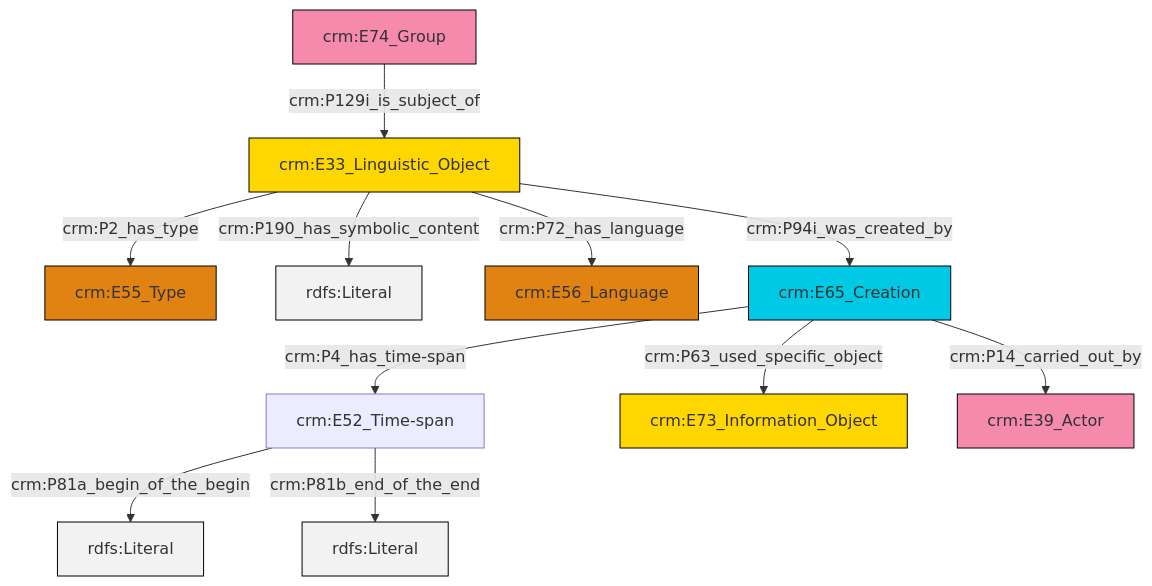
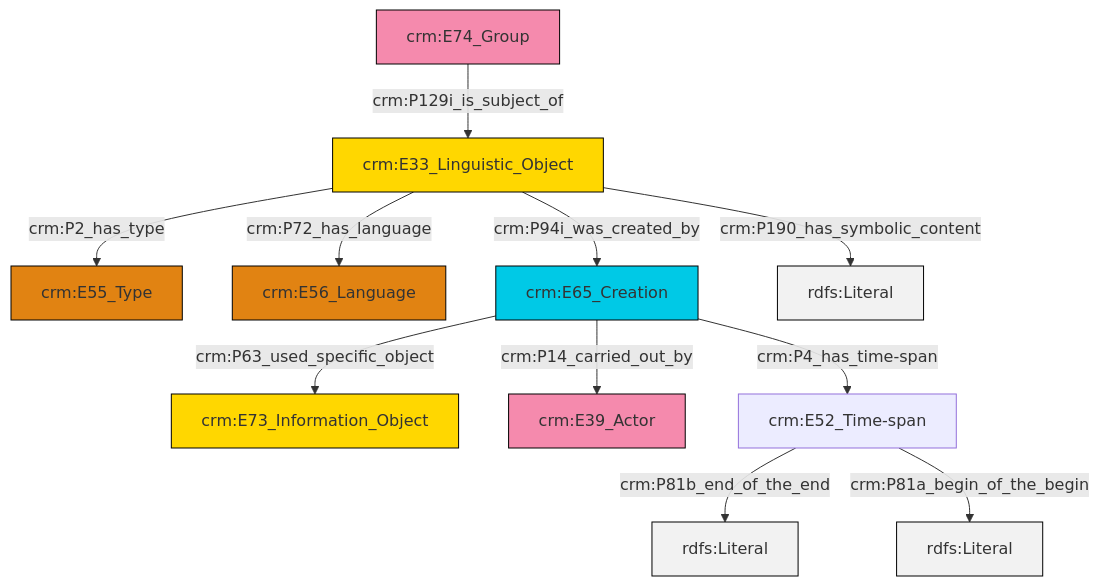
The diagram in et/groupCSV/ttl/mmd/group_description.ttl.mmd (swiss-art-research-net/docs.swissartresearch), drawn with Mermaid before and after one commit. The commit also changed 177 other files, not shown here.

```diff
--- a/et/groupCSV/ttl/mmd/group_description.ttl.mmd
+++ b/et/groupCSV/ttl/mmd/group_description.ttl.mmd
@@ -1,25 +1,25 @@
 graph TD
 classDef Literal fill:#f2f2f2,stroke:#000000;
 classDef CRM_Entity fill:#FFFFFF,stroke:#000000;
 classDef Temporal_Entity fill:#00C9E6, stroke:#000000;
 classDef Type fill:#E18312, stroke:#000000;
 classDef Time-Span fill:#2C9C91, stroke:#000000;
 classDef Appellation fill:#FFEB7F, stroke:#000000;
 classDef Place fill:#008836, stroke:#000000;
 classDef Persistent_Item fill:#B266B2, stroke:#000000;
 classDef Conceptual_Object fill:#FFD700, stroke:#000000;
 classDef Physical_Thing fill:#D2B48C, stroke:#000000;
 classDef Actor fill:#f58aad, stroke:#000000;
 classDef PC_Classes fill:#4ce600, stroke:#000000;
 classDef Multi fill:#cccccc,stroke:#000000;
 
-4["crm:E74_Group"]:::Actor -->|crm:P129i_is_subject_of| 0["crm:E33_Linguistic_Object"]:::Conceptual_Object
-0["crm:E33_Linguistic_Object"]:::Conceptual_Object -->|crm:P190_has_symbolic_content| 6[rdfs:Literal]:::Literal
-7["crm:E52_Time-span"]:::Default -->|crm:P81a_begin_of_the_begin| 9[rdfs:Literal]:::Literal
-0["crm:E33_Linguistic_Object"]:::Conceptual_Object -->|crm:P94i_was_created_by| 14["crm:E65_Creation"]:::Temporal_Entity
-14["crm:E65_Creation"]:::Temporal_Entity -->|crm:P4_has_time-span| 7["crm:E52_Time-span"]:::Default
-7["crm:E52_Time-span"]:::Default -->|crm:P81b_end_of_the_end| 15[rdfs:Literal]:::Literal
-14["crm:E65_Creation"]:::Temporal_Entity -->|crm:P63_used_specific_object| 12["crm:E73_Information_Object"]:::Conceptual_Object
-0["crm:E33_Linguistic_Object"]:::Conceptual_Object -->|crm:P72_has_language| 10["crm:E56_Language"]:::Type
-0["crm:E33_Linguistic_Object"]:::Conceptual_Object -->|crm:P2_has_type| 2["crm:E55_Type"]:::Type
-14["crm:E65_Creation"]:::Temporal_Entity -->|crm:P14_carried_out_by| 16["crm:E39_Actor"]:::Actor
+2["crm:E33_Linguistic_Object"]:::Conceptual_Object -->|crm:P2_has_type| 3["crm:E55_Type"]:::Type
+2["crm:E33_Linguistic_Object"]:::Conceptual_Object -->|crm:P72_has_language| 4["crm:E56_Language"]:::Type
+7["crm:E65_Creation"]:::Temporal_Entity -->|crm:P14_carried_out_by| 8["crm:E39_Actor"]:::Actor
+7["crm:E65_Creation"]:::Temporal_Entity -->|crm:P63_used_specific_object| 5["crm:E73_Information_Object"]:::Conceptual_Object
+2["crm:E33_Linguistic_Object"]:::Conceptual_Object -->|crm:P190_has_symbolic_content| 11[rdfs:Literal]:::Literal
+0["crm:E74_Group"]:::Actor -->|crm:P129i_is_subject_of| 2["crm:E33_Linguistic_Object"]:::Conceptual_Object
+14["crm:E52_Time-span"]:::Default -->|crm:P81b_end_of_the_end| 15[rdfs:Literal]:::Literal
+2["crm:E33_Linguistic_Object"]:::Conceptual_Object -->|crm:P94i_was_created_by| 7["crm:E65_Creation"]:::Temporal_Entity
+7["crm:E65_Creation"]:::Temporal_Entity -->|crm:P4_has_time-span| 14["crm:E52_Time-span"]:::Default
+14["crm:E52_Time-span"]:::Default -->|crm:P81a_begin_of_the_begin| 18[rdfs:Literal]:::Literal
```
